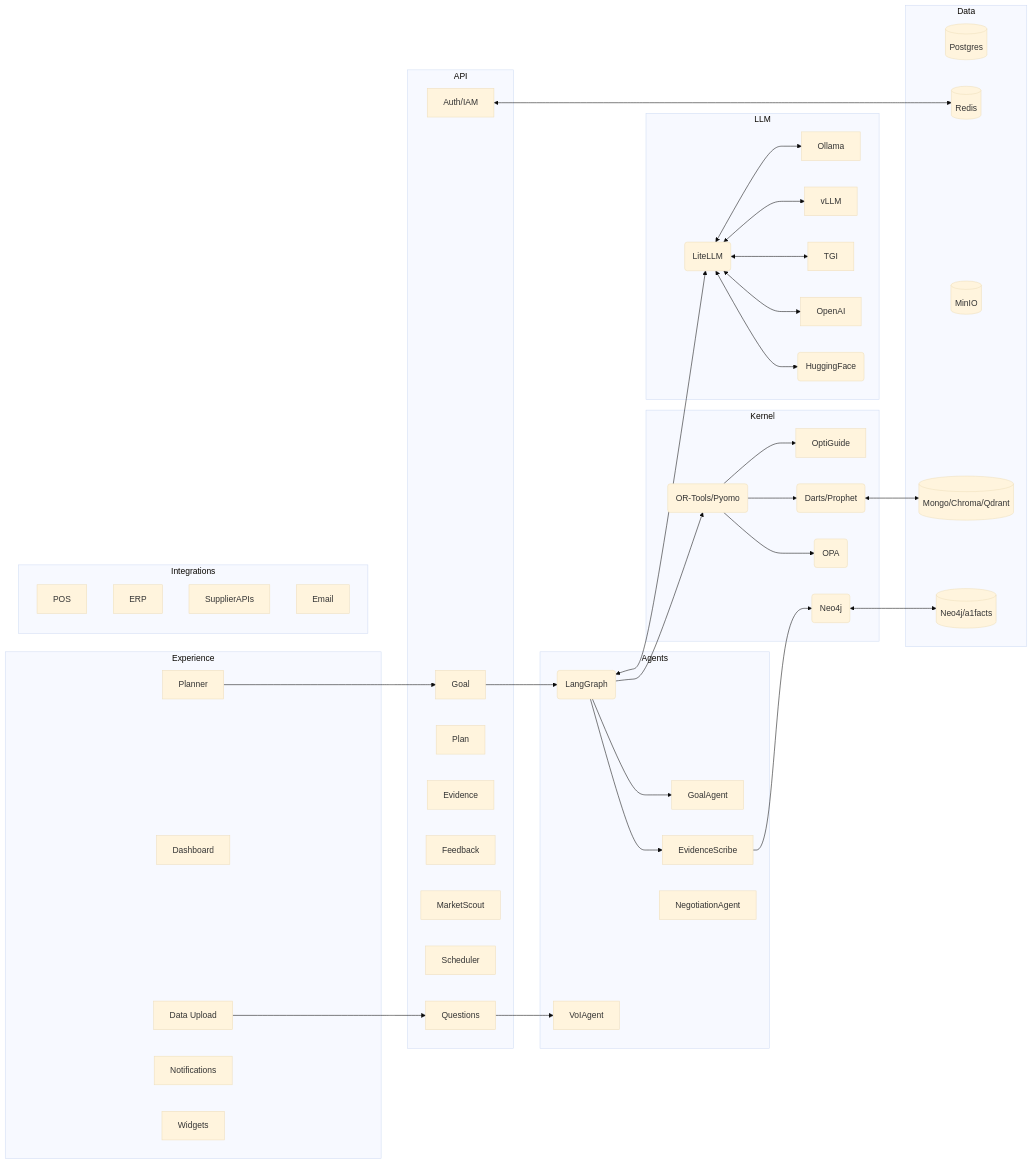
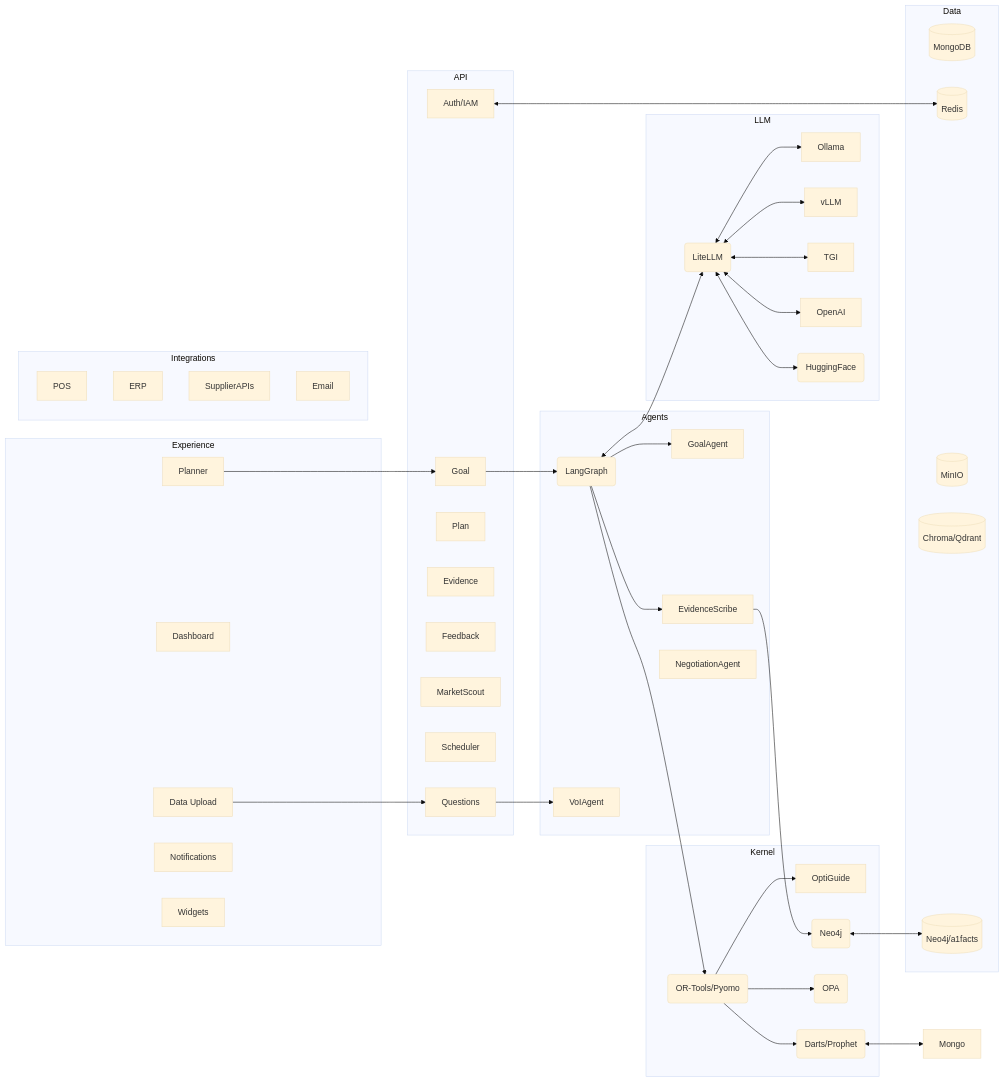
One commit to balureddy003/dyocense changed the first of 3 diagrams in docs/architecture.md. Above: the diagram before and after it, drawn with Mermaid (base theme). The commit also changed other lines of this file and 44 other files, not shown here.

````diff
--- a/docs/architecture.md
+++ b/docs/architecture.md
@@ -72,79 +72,79 @@
 ```mermaid
 flowchart LR
   subgraph Experience
     Chat[Planner]
     Dash[Dashboard]
     Wizard[Data Upload]
     Notif[Notifications]
     Widgets[Widgets]
   end
 
   subgraph API
     GoalAPI[Goal]
     QAPI[Questions]
     PlanAPI[Plan]
     EvidAPI[Evidence]
     FbAPI[Feedback]
     MktAPI[MarketScout]
     SchedAPI[Scheduler]
     AuthAPI[Auth/IAM]
   end
 
   subgraph Agents
     Conductor(LangGraph)
     GoalAgent
     VoIAgent
     EvidenceScribe
     NegotiationAgent
   end
 
   subgraph LLM
     Router(LiteLLM)
     Ollama
     vLLM
     TGI
     OpenAI
     HF(HuggingFace)
   end
 
   subgraph Kernel
     OptiGuide
     Optimizer(OR-Tools/Pyomo)
     Forecast(Darts/Prophet)
     PolicyGuard(OPA)
     EvidenceGraph(Neo4j)
   end
 
   subgraph Data
-    PG[(Postgres)]
+    MongoCore[(MongoDB)]
     Redis[(Redis)]
     MinIO[(MinIO)]
-    Mongo[(Mongo/Chroma/Qdrant)]
+    VectorDB[(Chroma/Qdrant)]
     Neo4j[(Neo4j/a1facts)]
   end
 
   subgraph Integrations
     POS
     ERP
     SupplierAPIs
     Email
   end
 
   Chat-->GoalAPI-->Conductor-->GoalAgent
   Wizard-->QAPI-->VoIAgent
   Conductor-->EvidenceScribe-->EvidenceGraph
   Conductor-->Optimizer-->OptiGuide
   Optimizer-->PolicyGuard
   Optimizer-->Forecast
 
   Conductor<-->Router
   Router<-->Ollama
   Router<-->vLLM
   Router<-->TGI
   Router<-->OpenAI
   Router<-->HF
 
   EvidenceGraph<-->Neo4j
   Forecast<-->Mongo
   AuthAPI<-->Redis
 ```
````
